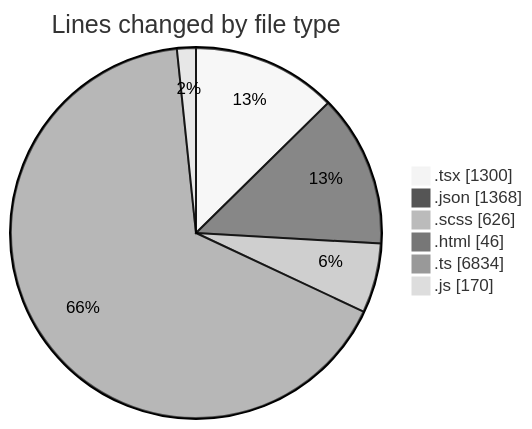
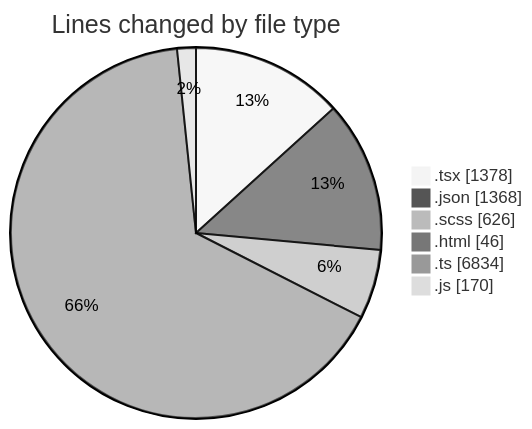
Before and after one commit to momahboobian/code-tracking: the first of 2 diagrams in 2026-04-14/cda/README.md, drawn with Mermaid (neutral theme). The commit also changed other lines of this file and 1 other file, not shown here.

````diff
--- a/2026-04-14/cda/README.md
+++ b/2026-04-14/cda/README.md
@@ -47,10 +48,10 @@
 ```mermaid
 pie showData
 title Lines changed by file type
-".tsx" : 1300
+".tsx" : 1378
 ".json" : 1368
 ".scss" : 626
 ".html" : 46
 ".ts" : 6834
 ".js" : 170
 ```
````
